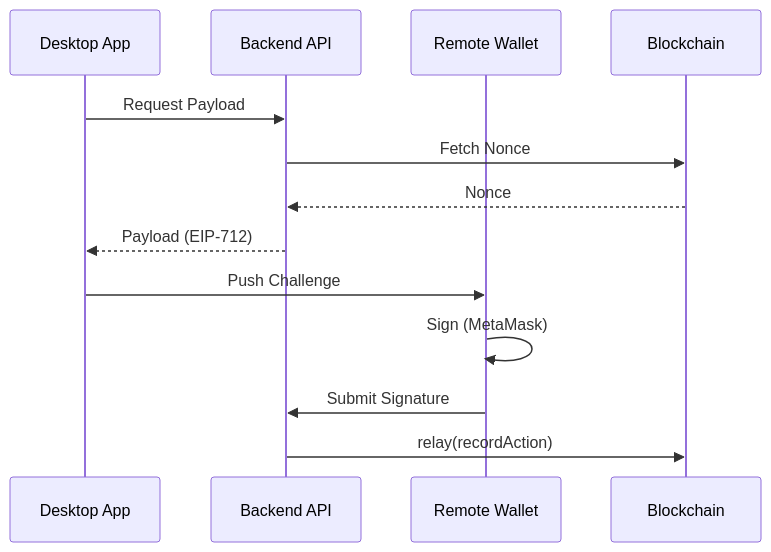
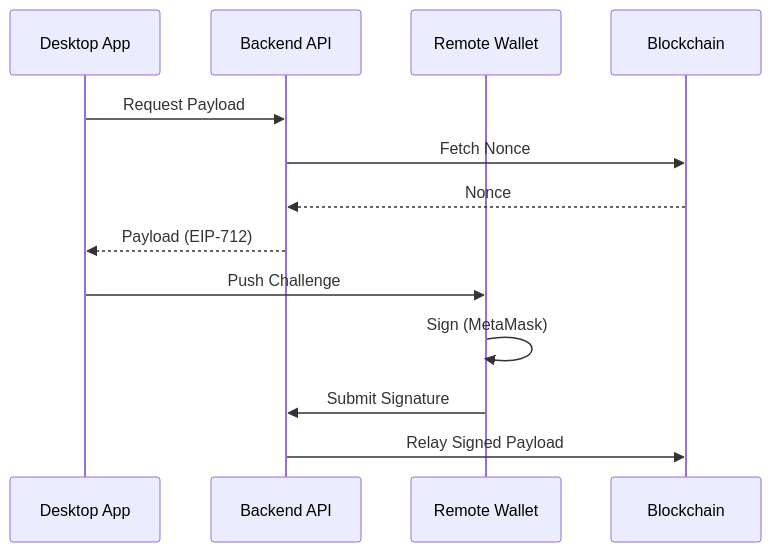
One commit to CoderShubhamMate/Block-Chain-Based-Secure-Notarization-System changed the third of 4 diagrams in README.md. Above: the diagram before and after it, drawn with Mermaid. The commit also changed other lines of this file, not shown here.

````diff
--- a/README.md
+++ b/README.md
@@ -74,15 +74,15 @@
 ```mermaid
 sequenceDiagram
     participant D as Desktop App
     participant B as Backend API
     participant W as Remote Wallet
     participant BC as Blockchain
     D->>B: Request Payload
     B->>BC: Fetch Nonce
     BC-->>B: Nonce
     B-->>D: Payload (EIP-712)
     D->>W: Push Challenge
     W->>W: Sign (MetaMask)
     W->>B: Submit Signature
-    B->>BC: relay(recordAction)
+    B->>BC: Relay Signed Payload
 ```
````
